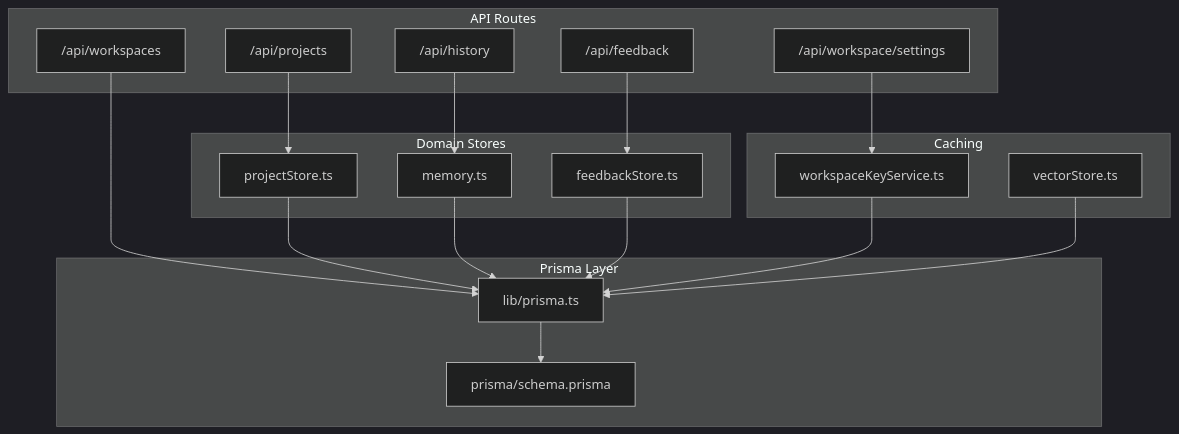
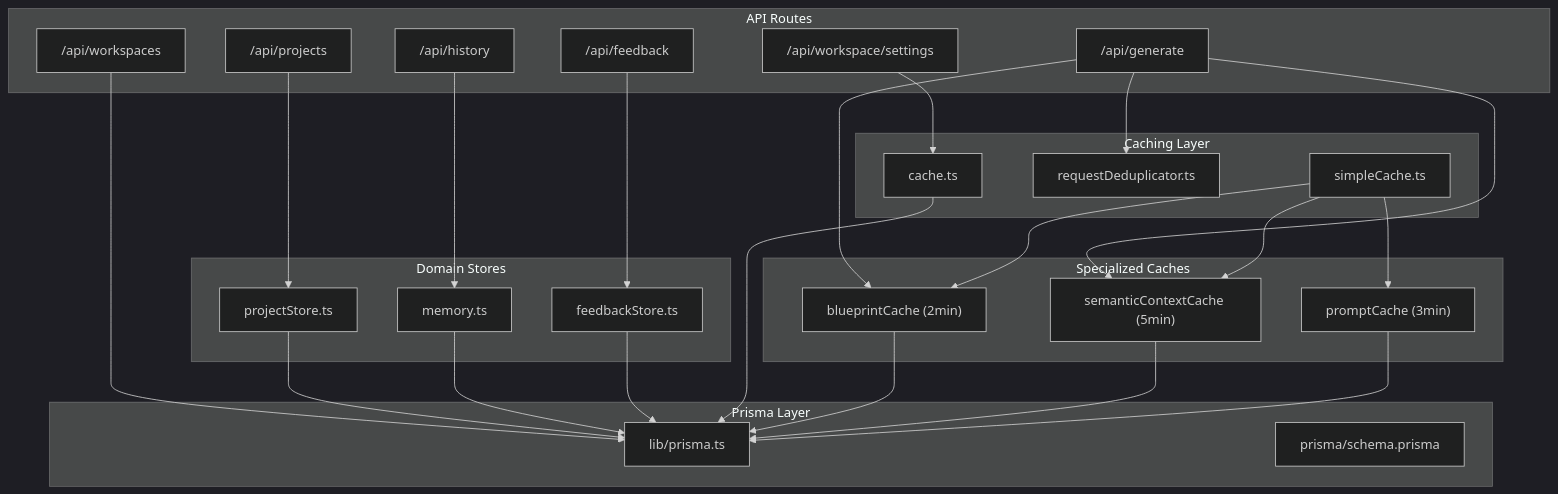
Before and after one commit to shekhargiri005-dotcom/AI-powered-accessibility-first-UI-engine: the first of 12 diagrams in .qoder/repowiki/en/content/Database & Data Layer/Data Access Patterns & Performance.md, drawn with Mermaid (dark theme). The commit also changed other lines of this file and 8 other files, not shown here.

````diff
--- a/.qoder/repowiki/en/content/Database & Data Layer/Data Access Patterns & Performance.md
+++ b/.qoder/repowiki/en/content/Database & Data Layer/Data Access Patterns & Performance.md
@@ -46,34 +61,48 @@
 ```mermaid
 graph TB
 subgraph "API Routes"
 H["/api/history"]
 P["/api/projects"]
 W["/api/workspaces"]
 WS["/api/workspace/settings"]
 F["/api/feedback"]
+G["/api/generate"]
 end
 subgraph "Domain Stores"
 PS["projectStore.ts"]
 MEM["memory.ts"]
 FS["feedbackStore.ts"]
 end
+subgraph "Caching Layer"
+SC["simpleCache.ts"]
+RD["requestDeduplicator.ts"]
+RC["cache.ts"]
+end
 subgraph "Prisma Layer"
 PRISMA["lib/prisma.ts"]
 SCHEMA["prisma/schema.prisma"]
 end
-subgraph "Caching"
-WK["workspaceKeyService.ts"]
-VS["vectorStore.ts"]
+subgraph "Specialized Caches"
+BC["blueprintCache (2min)"]
+SCCTX["semanticContextCache (5min)"]
+PC["promptCache (3min)"]
 end
 H --> MEM
 P --> PS
 W --> PRISMA
-WS --> WK
+WS --> RC
 F --> FS
+G --> BC
+G --> SCCTX
+G --> RD
 PS --> PRISMA
 MEM --> PRISMA
 FS --> PRISMA
-WK --> PRISMA
-VS --> PRISMA
-PRISMA --> SCHEMA
+RC --> PRISMA
+SC --> BC
+SC --> SCCTX
+SC --> PC
+BC --> PRISMA
+SCCTX --> PRISMA
+PC --> PRISMA
 ```
````
